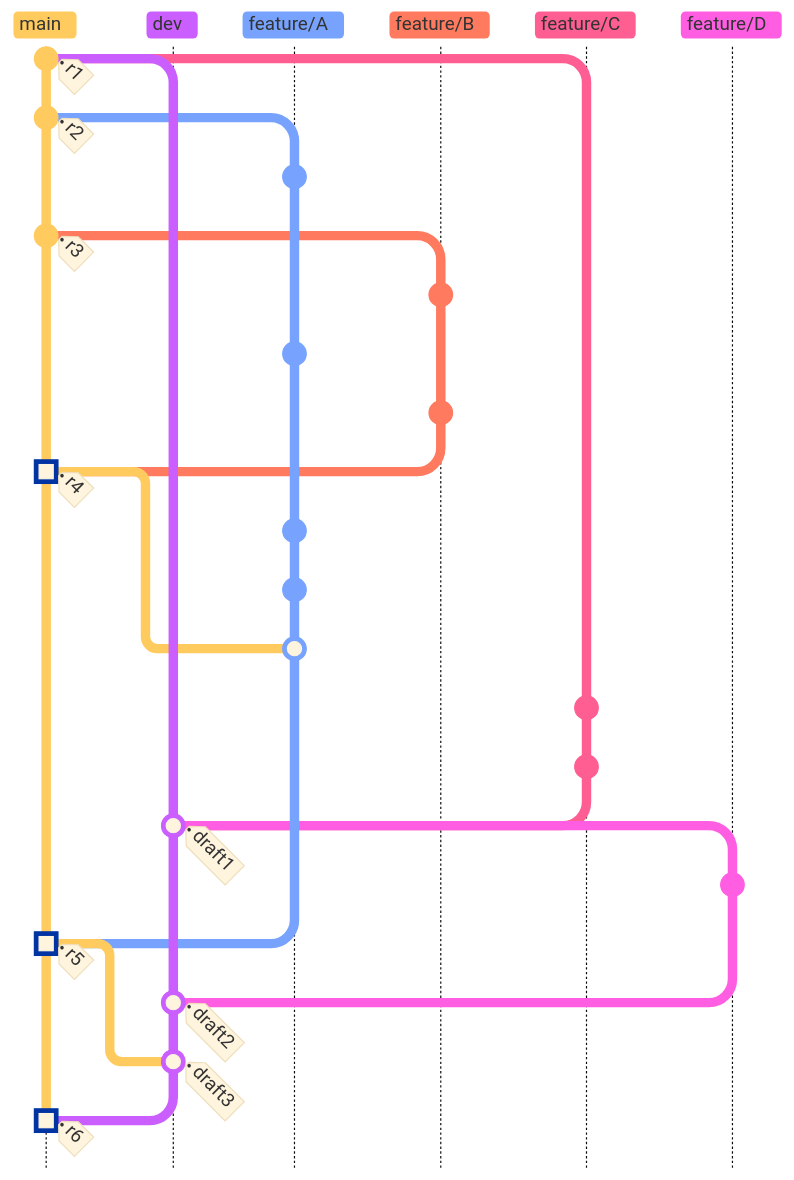
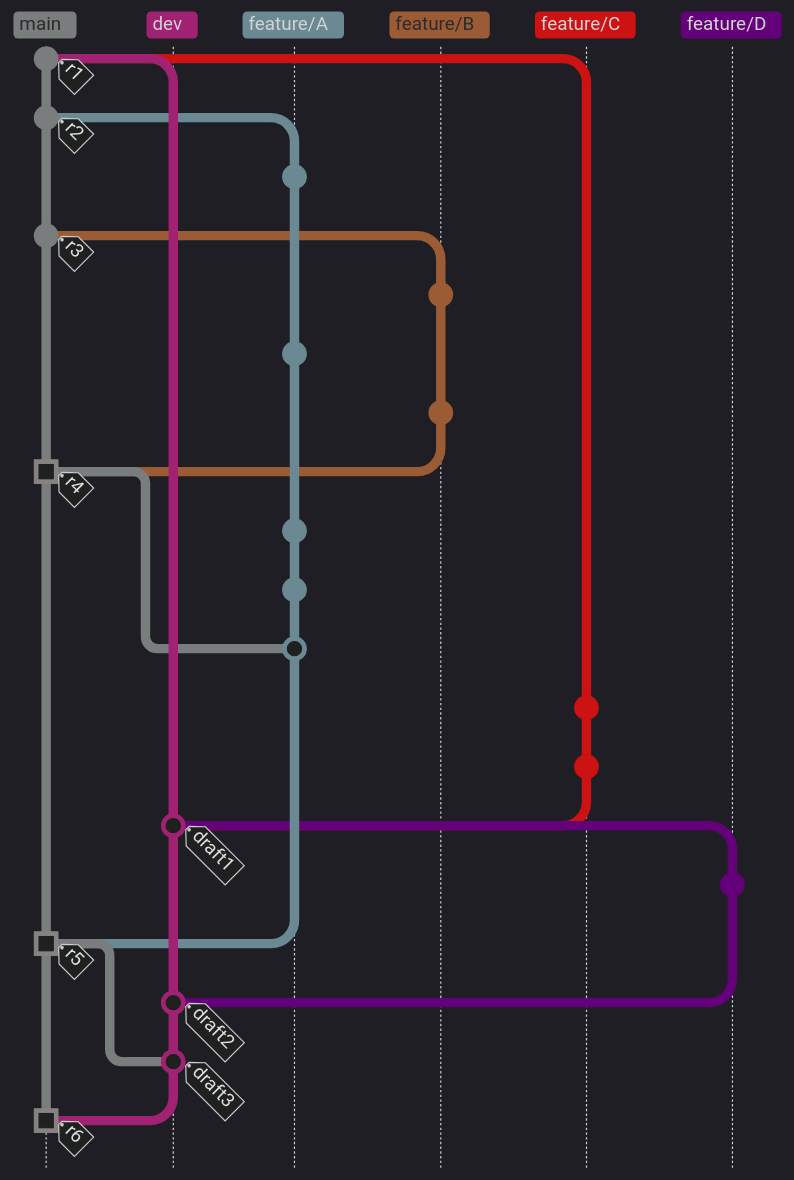
One commit to rhenning/resume changed the first of 2 diagrams in README.md. Above: the diagram before and after it, drawn with Mermaid. The commit also changed other lines of this file and 1 other file, not shown here. Commit ids are hidden.

Commit message:
fixup: merge CI/CD workflow to README

````diff
--- a/README.md
+++ b/README.md
@@ -66,73 +68,74 @@
 ```mermaid
 ---
+/* title: Branch/Merge Strategy */
 config:
-  theme: base
+  theme: dark
   themeVariables:
     tagLabelFontSize: "1em"
     commitLabelFontSize: "16px"
     commitLabelColor: "#ffffff"
     commitLabelBackground: "#000000"
   gitGraph:
     showCommitLabel: false
     mainBranchName: main
     parallelCommits: false
 ---
 gitGraph TB:
   commit tag: "r1"
 
   branch dev
 
   checkout main
   commit tag: "r2"
 
   branch feature/A
   commit
 
   checkout main
   commit tag: "r3"
 
   branch feature/B
   commit
 
   checkout feature/A
   commit
 
   checkout feature/B
   commit
 
   checkout main
   merge feature/B tag: "r4" type: HIGHLIGHT
 
   checkout feature/A
   commit
   commit
   merge main
 
   checkout main
 
   checkout dev
 
   branch feature/C
   commit
 
   checkout feature/C
   commit
 
   checkout dev
   merge feature/C tag: "draft1"
 
   branch feature/D
   commit
 
   checkout main
   merge feature/A tag: "r5" type: HIGHLIGHT
 
   checkout dev
   merge feature/D tag: "draft2"
 
   checkout dev
   merge main tag: "draft3"
 
   checkout main
   merge dev tag: "r6" type: HIGHLIGHT
 ```
````
